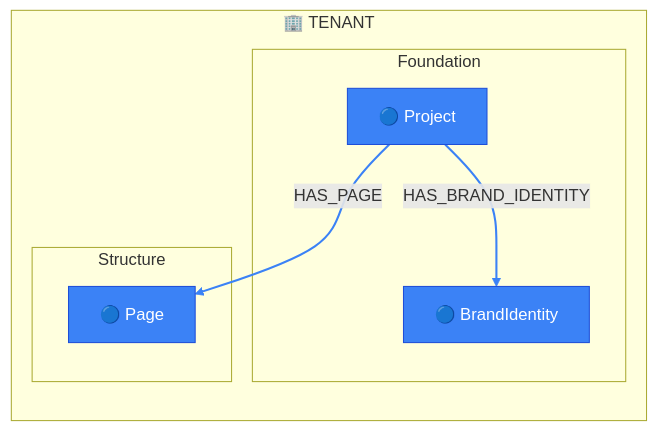
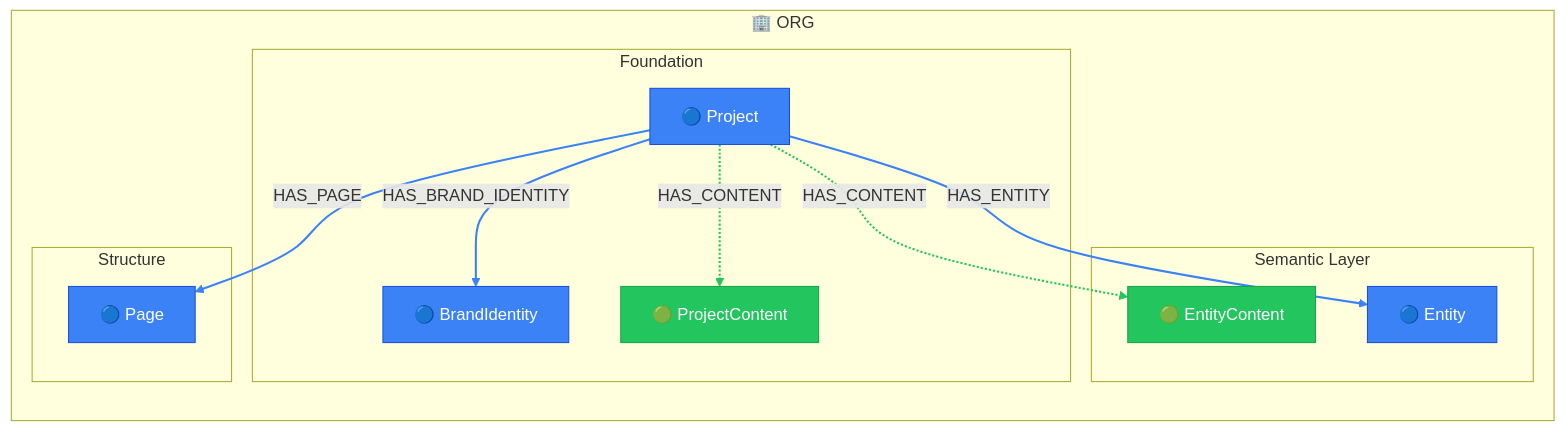
One commit to supernovae-st/novanet changed the diagram in packages/core/models/docs/project-overview.md. Above: the diagram before and after it, drawn with Mermaid. The commit also changed other lines of this file and 17 other files, not shown here.

````diff
--- a/packages/core/models/docs/project-overview.md
+++ b/packages/core/models/docs/project-overview.md
@@ -21,35 +21,47 @@
 ```mermaid
 flowchart TB
   %% View: Project Overview (project-overview)
-  %% 3 nodes, 2 arcs
+  %% 6 nodes, 5 arcs
 
   %% Trait styling (node_trait)
-  classDef invariant fill:#3b82f6,stroke:#1d4ed8,color:#fff
-  classDef localized fill:#22c55e,stroke:#16a34a,color:#fff
-  classDef knowledge fill:#8b5cf6,stroke:#7c3aed,color:#fff
-  classDef derived fill:#9ca3af,stroke:#6b7280,color:#fff
-  classDef job fill:#6b7280,stroke:#4b5563,color:#fff
+  classDef defined fill:#3b82f6,stroke:#1d4ed8,color:#fff
+  classDef authored fill:#22c55e,stroke:#16a34a,color:#fff
+  classDef imported fill:#8b5cf6,stroke:#7c3aed,color:#fff
+  classDef generated fill:#b58900,stroke:#996f00,color:#fff
+  classDef retrieved fill:#6c71c4,stroke:#5761b3,color:#fff
 
-  subgraph TENANT_REALM["🏢 TENANT"]
+  subgraph ORG_REALM["🏢 ORG"]
     direction TB
-    subgraph TENANT_foundation["Foundation"]
+    subgraph ORG_semantic["Semantic Layer"]
+      Entity["🔵 Entity"]
+      EntityContent["🟢 EntityContent"]
+    end
+    subgraph ORG_foundation["Foundation"]
       BrandIdentity["🔵 BrandIdentity"]
       Project["🔵 Project"]
+      ProjectContent["🟢 ProjectContent"]
     end
-    subgraph TENANT_structure["Structure"]
+    subgraph ORG_structure["Structure"]
       Page["🔵 Page"]
     end
   end
 
   %% Relationships (styled by arc family)
   Project -->|HAS_BRAND_IDENTITY| BrandIdentity
+  Project -.->|HAS_CONTENT| EntityContent
+  Project -.->|HAS_CONTENT| ProjectContent
+  Project -->|HAS_ENTITY| Entity
   Project -->|HAS_PAGE| Page
 
   %% Arc colors by family
-  linkStyle 0,1 stroke:#3b82f6,stroke-width:2px
+  linkStyle 1,2 stroke:#22c55e,stroke-width:2px
+  linkStyle 0,3,4 stroke:#3b82f6,stroke-width:2px
 
   %% Class assignments
-  class BrandIdentity invariant
-  class Page invariant
-  class Project invariant
+  class BrandIdentity defined
+  class Entity defined
+  class EntityContent authored
+  class Page defined
+  class Project defined
+  class ProjectContent authored
 ```
````
